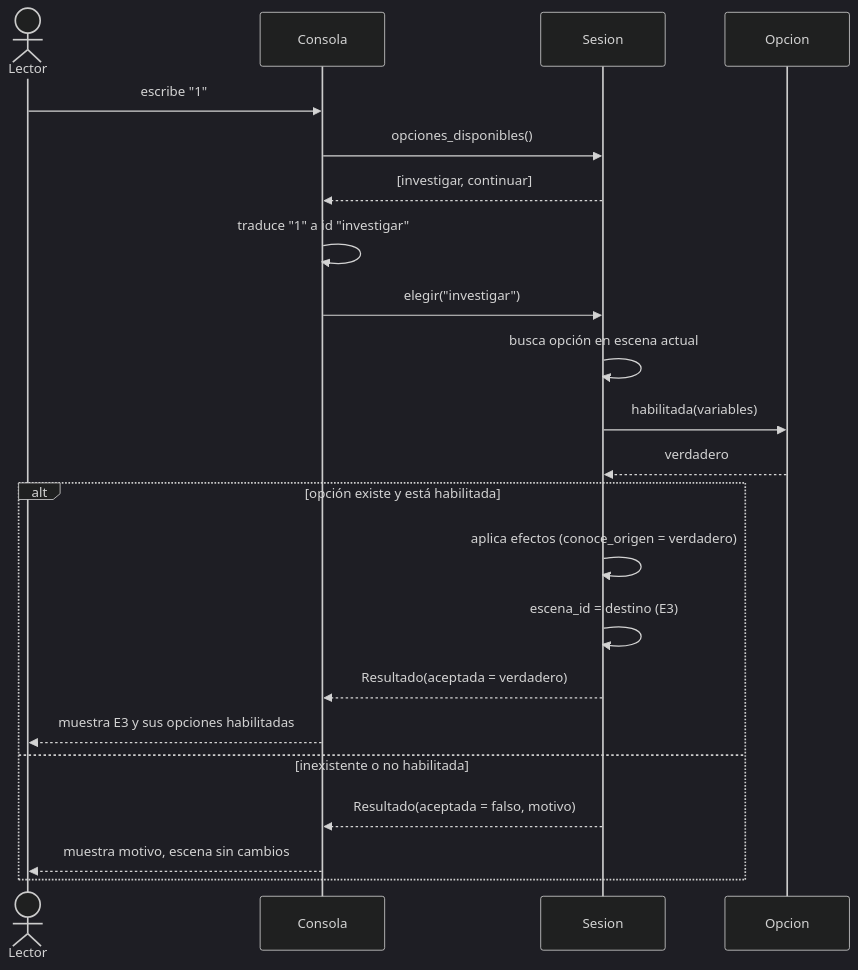
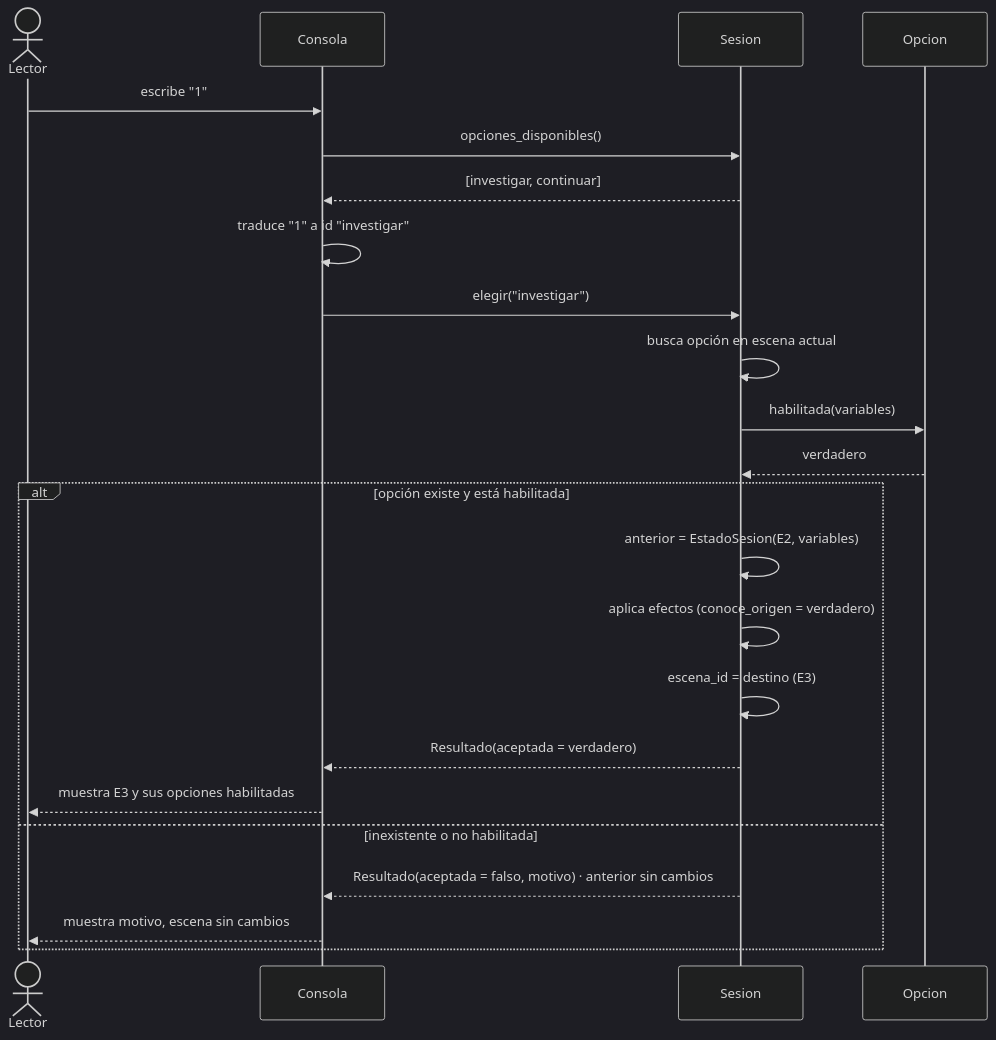
Before and after one commit to CamiloConde/Parcial-2-Ingenieria-de-software: the fourth of 5 diagrams in docs/anexo/A1_modelos.md, drawn with Mermaid (dark theme). The commit also changed other lines of this file and 5 other files, not shown here.

````diff
--- a/docs/anexo/A1_modelos.md
+++ b/docs/anexo/A1_modelos.md
@@ -110,24 +122,25 @@
 ```mermaid
 sequenceDiagram
   actor L as Lector
   participant C as Consola
   participant S as Sesion
   participant O as Opcion
   L->>C: escribe "1"
   C->>S: opciones_disponibles()
   S-->>C: [investigar, continuar]
   C->>C: traduce "1" a id "investigar"
   C->>S: elegir("investigar")
   S->>S: busca opción en escena actual
   S->>O: habilitada(variables)
   O-->>S: verdadero
   alt opción existe y está habilitada
+    S->>S: anterior = EstadoSesion(E2, variables)
     S->>S: aplica efectos (conoce_origen = verdadero)
     S->>S: escena_id = destino (E3)
     S-->>C: Resultado(aceptada = verdadero)
     C-->>L: muestra E3 y sus opciones habilitadas
   else inexistente o no habilitada
-    S-->>C: Resultado(aceptada = falso, motivo)
+    S-->>C: Resultado(aceptada = falso, motivo) · anterior sin cambios
     C-->>L: muestra motivo, escena sin cambios
   end
 ```
````
